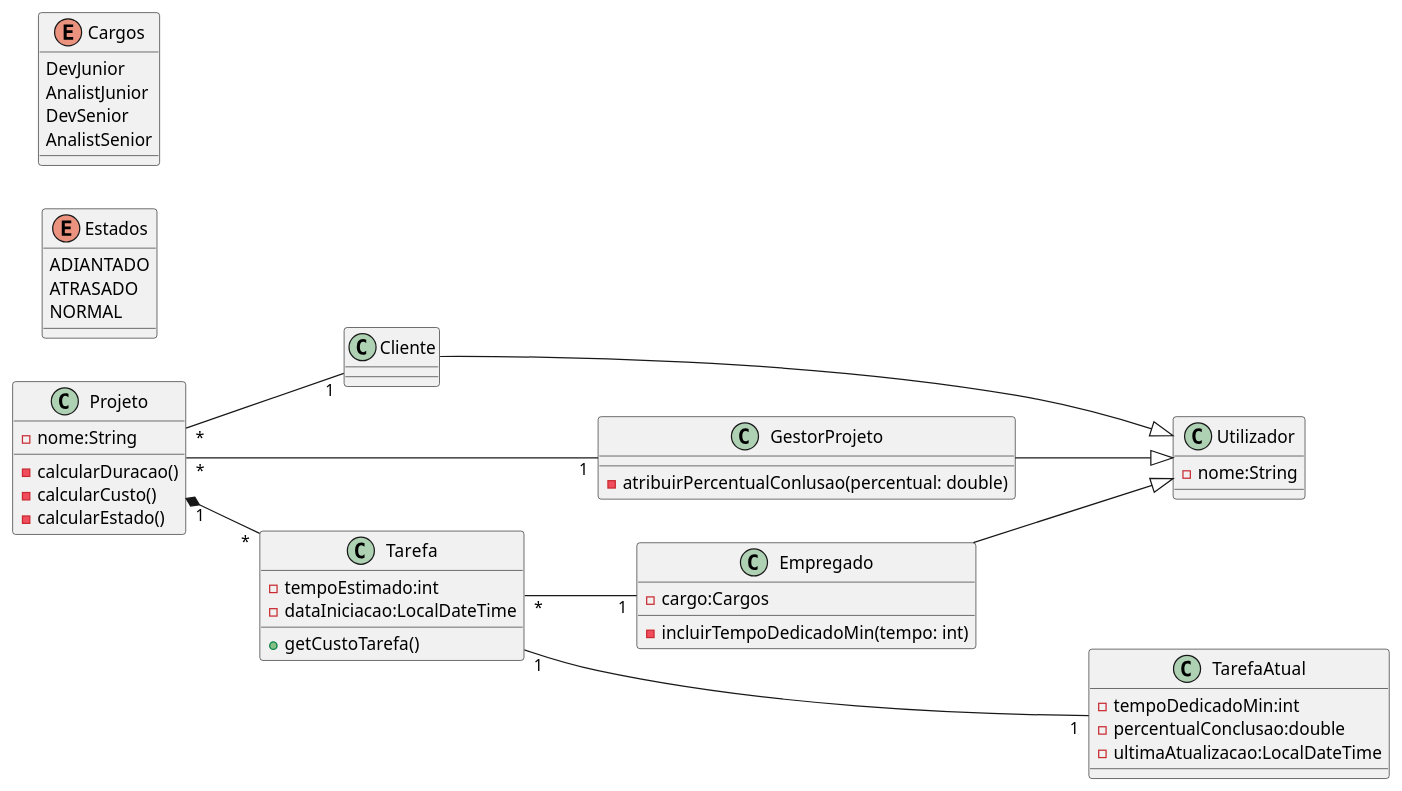
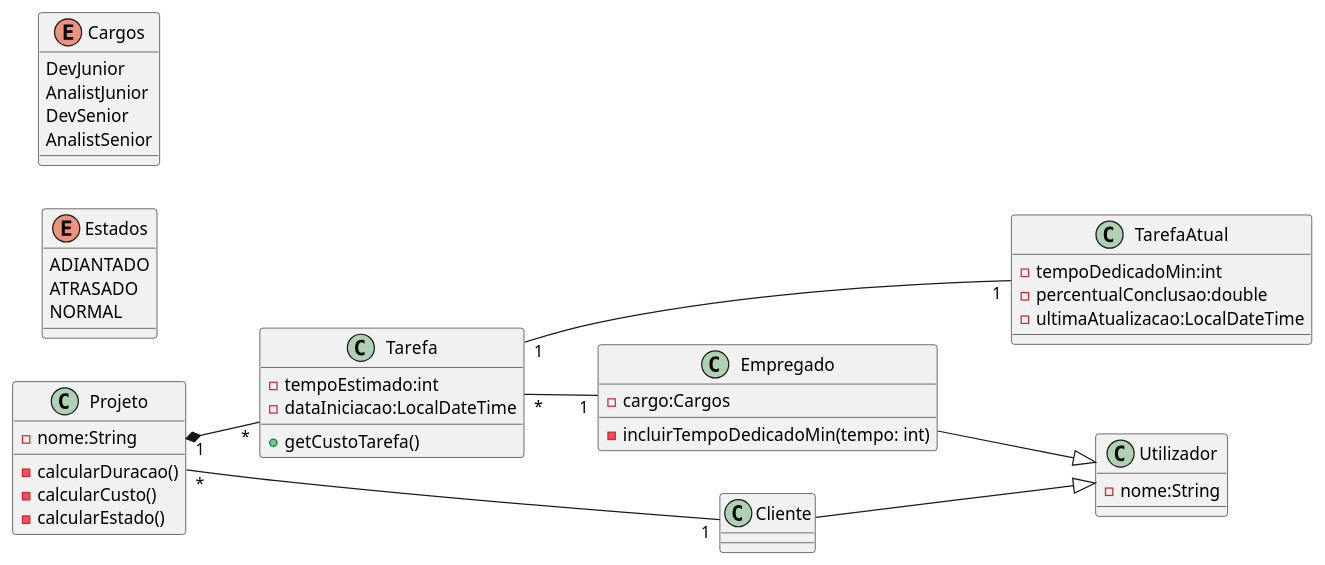
One commit to PedroAlmeidacode/SGP-WebService changed the diagram in Projeto/newmodel.puml. Above: the diagram before and after it, drawn with PlantUML. The commit also changed 15 other files, not shown here.

```diff
--- a/Projeto/newmodel.puml
+++ b/Projeto/newmodel.puml
@@ -1,59 +1,54 @@
 @startuml
 left to right direction
 
 class Projeto{
 	- nome:String
 	- calcularDuracao()
 	- calcularCusto()
 	- calcularEstado()
 }
 
 
 class Utilizador{
     - nome:String
 }
 
 class Empregado{
 	- cargo:Cargos
  	- incluirTempoDedicadoMin(tempo: int)
 }
 
-class GestorProjeto{
-	 - atribuirPercentualConlusao(percentual: double)
-}
 
 class Tarefa{
 	- tempoEstimado:int
 	- dataIniciacao:LocalDateTime
 	+ getCustoTarefa()
 }
 
 class TarefaAtual{
 	- tempoDedicadoMin:int 
 	- percentualConclusao:double     
 	- ultimaAtualizacao:LocalDateTime
 }
 
 enum Estados{
 	ADIANTADO
 	ATRASADO
 	NORMAL
 }
 
 enum Cargos{
 	DevJunior
 	AnalistJunior
 	DevSenior
 	AnalistSenior
 }
 
 Empregado --|> Utilizador
 Cliente --|> Utilizador
 Tarefa "1" --- "1" TarefaAtual
-Projeto "*" --- "1" GestorProjeto
 Projeto "*" -- "1" Cliente
 Tarefa "*" -- "1" Empregado
 Projeto "1"  *-- "*" Tarefa
-GestorProjeto --|> Utilizador
 
 @enduml
```
